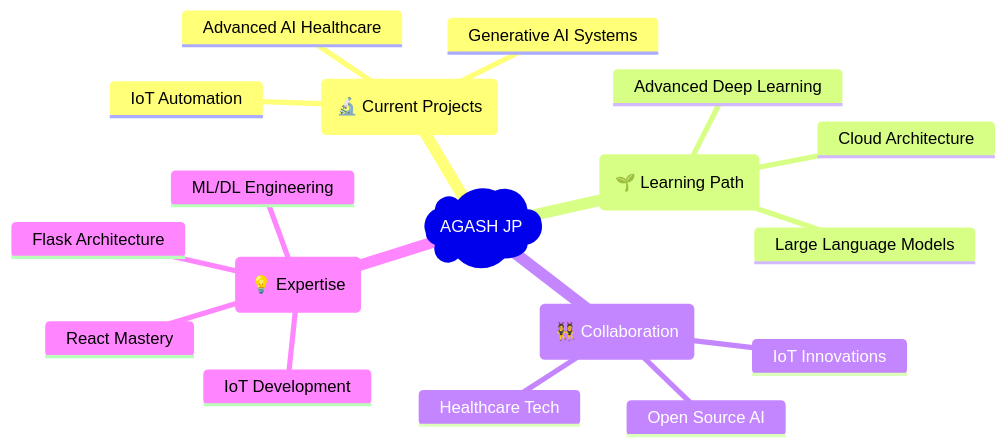
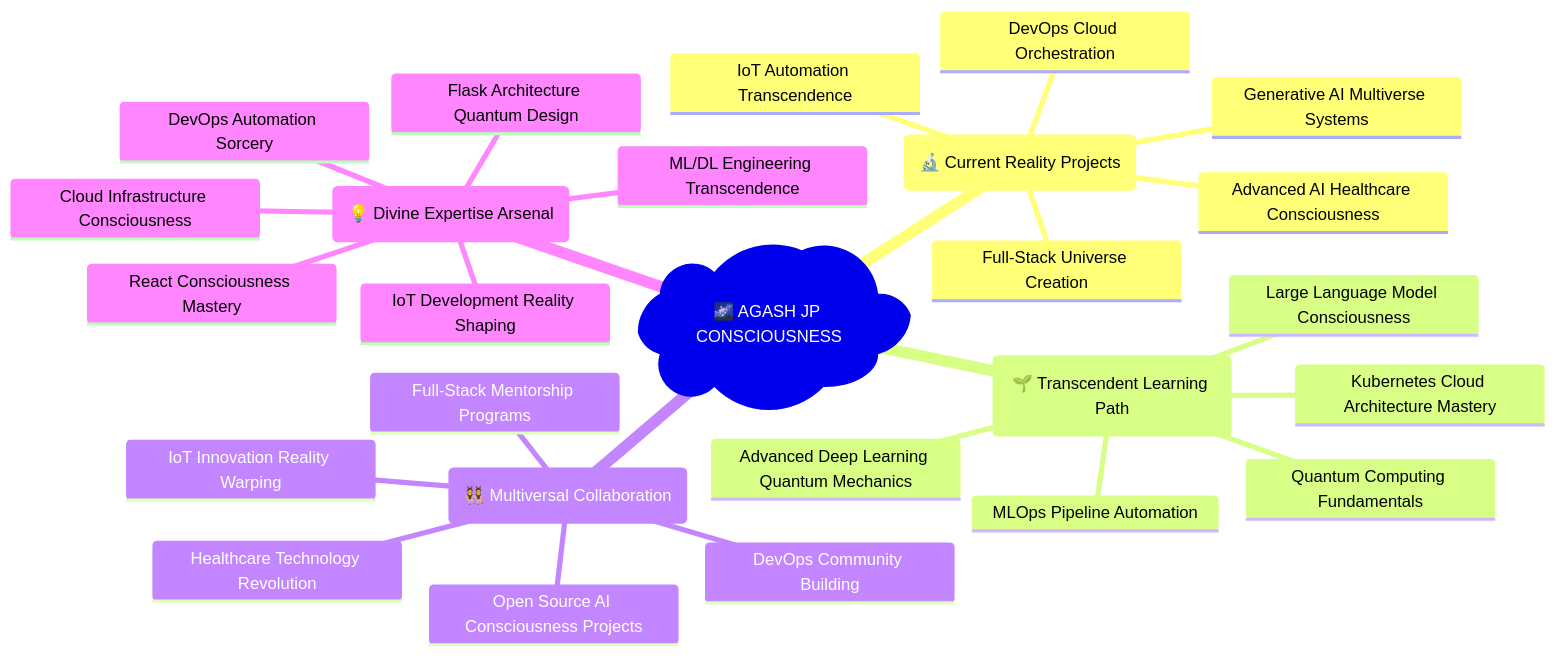
The first of 2 diagrams in README.md (JusCookin/JusCookin), drawn with Mermaid before and after one commit. The commit also changed other lines of this file, not shown here.

````diff
--- a/README.md
+++ b/README.md
@@ -316,21 +435,29 @@
 ```mermaid
 mindmap
-  root)AGASH JP(
-    (🔬 Current Projects)
-      Advanced AI Healthcare
-      Generative AI Systems
-      IoT Automation
-    (🌱 Learning Path)
-      Large Language Models
-      Advanced Deep Learning
-      Cloud Architecture
-    (👯 Collaboration)
-      Open Source AI
-      IoT Innovations
-      Healthcare Tech
-    (💡 Expertise)
-      React Mastery
-      Flask Architecture  
-      ML/DL Engineering
-      IoT Development
+  root)🌌 AGASH JP CONSCIOUSNESS(
+    (🔬 Current Reality Projects)
+      Advanced AI Healthcare Consciousness
+      Generative AI Multiverse Systems
+      IoT Automation Transcendence
+      DevOps Cloud Orchestration
+      Full-Stack Universe Creation
+    (🌱 Transcendent Learning Path)
+      Large Language Model Consciousness
+      Advanced Deep Learning Quantum Mechanics
+      Kubernetes Cloud Architecture Mastery
+      MLOps Pipeline Automation
+      Quantum Computing Fundamentals
+    (👯 Multiversal Collaboration)
+      Open Source AI Consciousness Projects
+      IoT Innovation Reality Warping
+      Healthcare Technology Revolution
+      DevOps Community Building
+      Full-Stack Mentorship Programs
+    (💡 Divine Expertise Arsenal)
+      React Consciousness Mastery
+      Flask Architecture Quantum Design
+      ML/DL Engineering Transcendence
+      IoT Development Reality Shaping
+      DevOps Automation Sorcery
+      Cloud Infrastructure Consciousness
 ```
````
